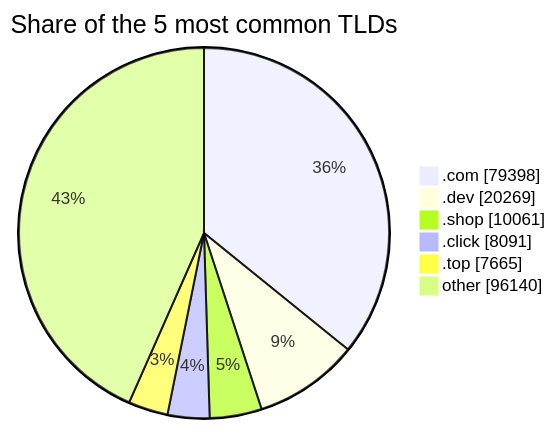
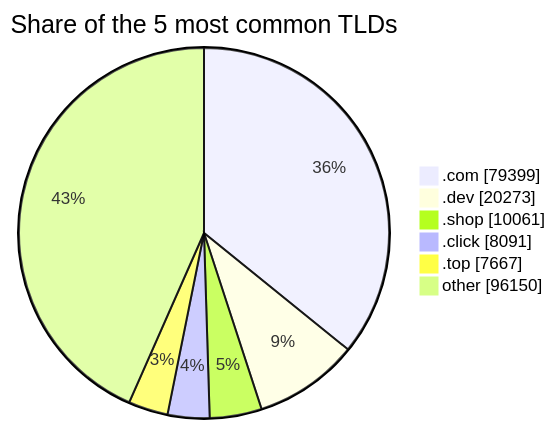
One commit to DNSBunker/CTI changed the third of 3 diagrams in README.md. Above: the diagram before and after it, drawn with Mermaid. The commit also changed other lines of this file and 3 other files, not shown here.

````diff
--- a/README.md
+++ b/README.md
@@ -81,9 +81,9 @@
 ```mermaid
 pie showData title Share of the 5 most common TLDs
-    ".com" : 79398
-    ".dev" : 20269
+    ".com" : 79399
+    ".dev" : 20273
     ".shop" : 10061
     ".click" : 8091
-    ".top" : 7665
-    "other" : 96140
+    ".top" : 7667
+    "other" : 96150
 ```
````
